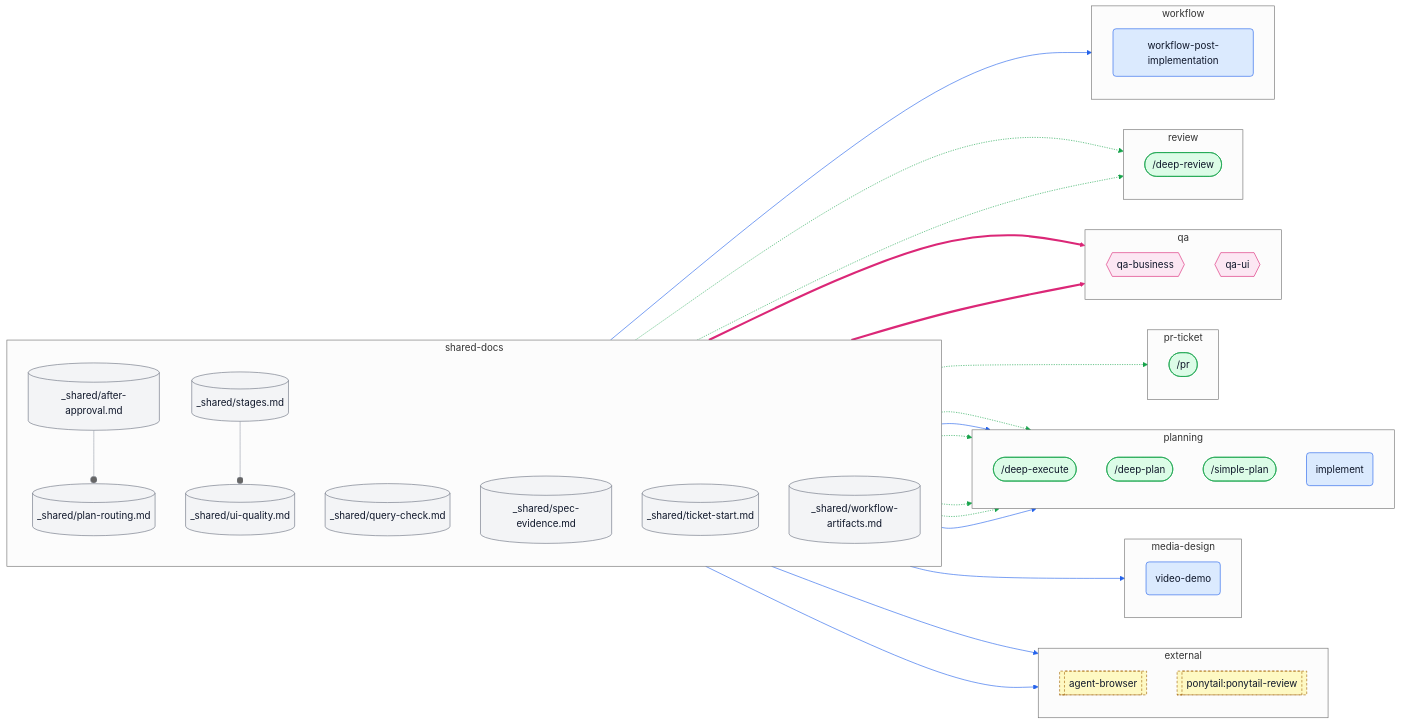
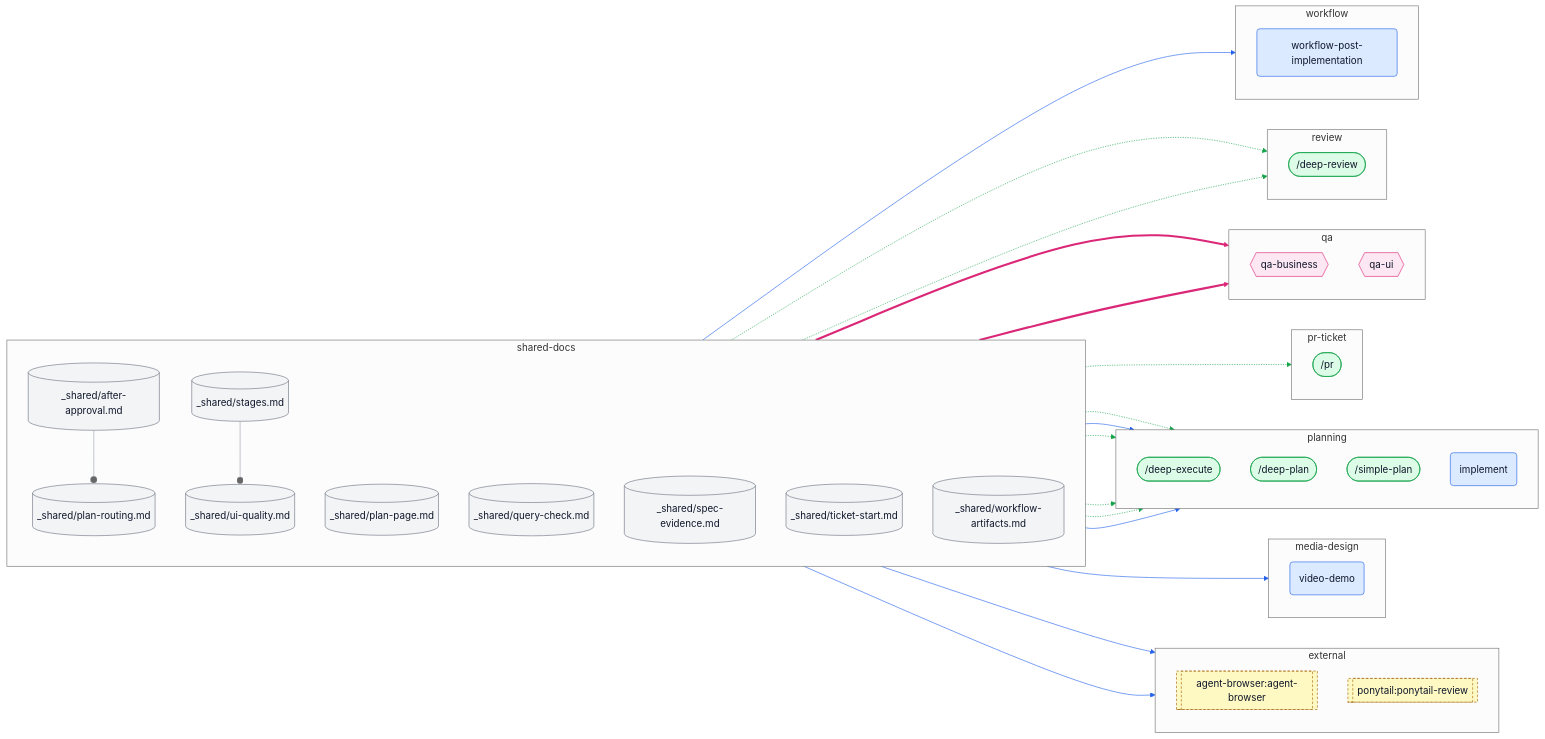
One commit to ybarsotti/dotfiles changed the eighth of 10 diagrams in docs/skills-map.md. Above: the diagram before and after it, drawn with Mermaid (neutral theme). The commit also changed other lines of this file and 2 other files, not shown here.

```diff
--- a/docs/skills-map.md
+++ b/docs/skills-map.md
@@ -636,7 +625,7 @@
 flowchart LR
   subgraph cl_external["external"]
     direction TB
-    x_agent_browser[["agent-browser"]]:::external
+    x_agent_browser_agent_browser[["agent-browser:agent-browser"]]:::external
     x_ponytail_ponytail_review[["ponytail:ponytail-review"]]:::external
   end
   subgraph cl_media_design["media-design"]
@@ -666,6 +655,7 @@
   subgraph cl_shared_docs["shared-docs"]
     direction TB
     d_after_approval[("_shared/after-approval.md")]:::shared
+    d_plan_page[("_shared/plan-page.md")]:::shared
     d_plan_routing[("_shared/plan-routing.md")]:::shared
     d_query_check[("_shared/query-check.md")]:::shared
     d_spec_evidence[("_shared/spec-evidence.md")]:::shared
@@ -693,7 +683,7 @@
   d_plan_routing --> s_implement
   d_stages -.-> c_deep_review
   d_stages --o d_ui_quality
-  d_ui_quality --> x_agent_browser
+  d_ui_quality --> x_agent_browser_agent_browser
   d_workflow_artifacts --> x_ponytail_ponytail_review
   linkStyle 0 stroke:#db2777
   linkStyle 1 stroke:#db2777
```
